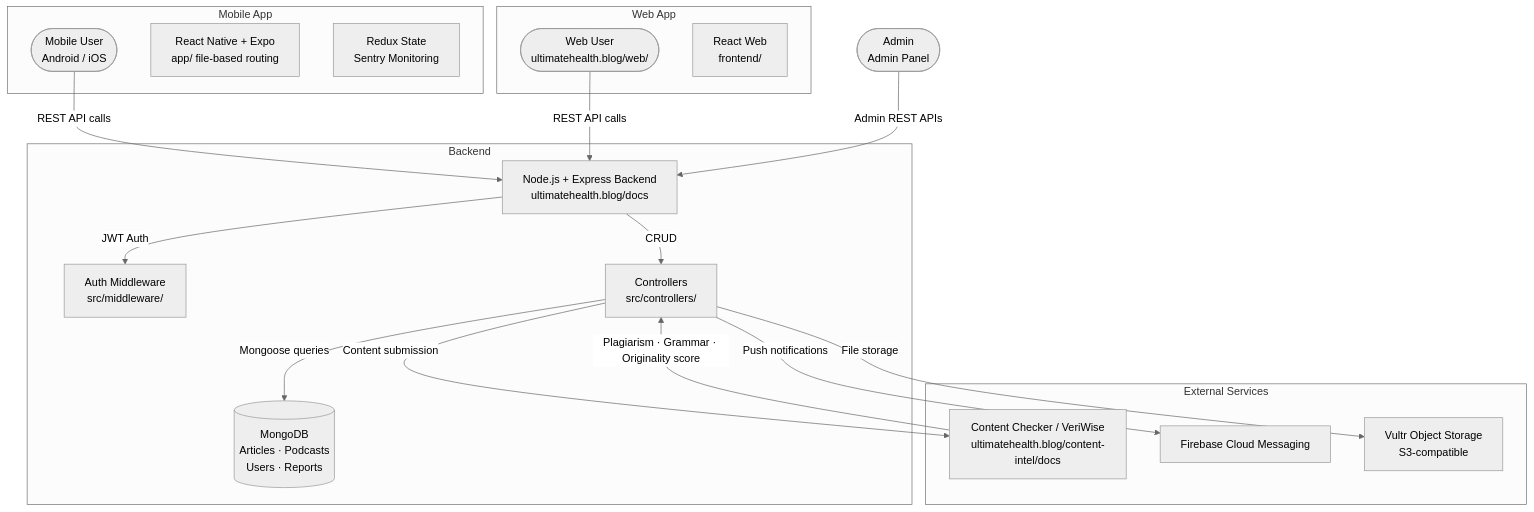
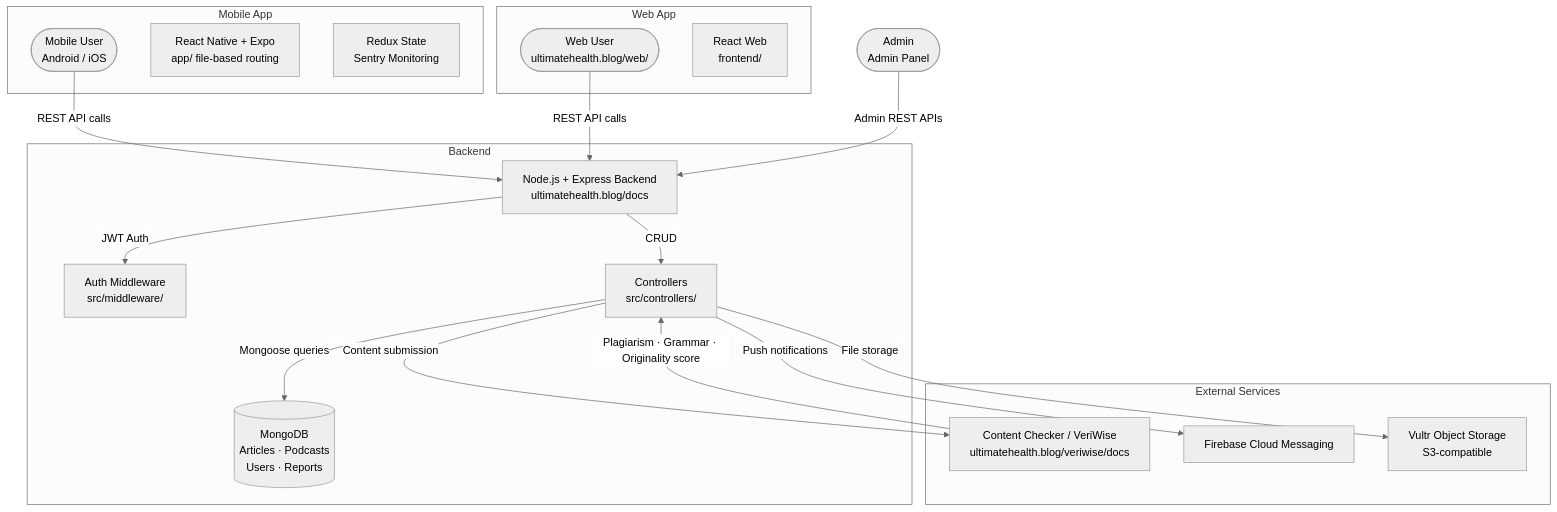
The first of 2 diagrams in docs/ARCHITECTURE.md (SB2318/UltimateHealth), drawn with Mermaid (neutral theme) before and after one commit. The commit also changed other lines of this file and 4 other files, not shown here.

Commit message:
update content-intel endpoint to veriwise

````diff
--- a/docs/ARCHITECTURE.md
+++ b/docs/ARCHITECTURE.md
@@ -23,41 +23,41 @@
 ```mermaid
 flowchart TD
     A([Mobile User\nAndroid / iOS]) -->|REST API calls| E
     B([Web User\nultimatehealth.blog/web/]) -->|REST API calls| E
     C([Admin\nAdmin Panel]) -->|Admin REST APIs| E
 
     E[Node.js + Express Backend\nultimatehealth.blog/docs]
 
     E -->|JWT Auth| F[Auth Middleware\nsrc/middleware/]
     E -->|CRUD| G[Controllers\nsrc/controllers/]
     G -->|Mongoose queries| H[(MongoDB\nArticles · Podcasts\nUsers · Reports)]
-    G -->|Content submission| I[Content Checker / VeriWise\nultimatehealth.blog/content-intel/docs]
+    G -->|Content submission| I[Content Checker / VeriWise\nultimatehealth.blog/veriwise/docs]
     G -->|Push notifications| J[Firebase Cloud Messaging]
     G -->|File storage| K[Vultr Object Storage\nS3-compatible]
 
     I -->|Plagiarism · Grammar · Originality score| G
 
     subgraph Mobile App
         A
         L[React Native + Expo\napp/ file-based routing]
         M[Redux State\nSentry Monitoring]
     end
 
     subgraph Web App
         B
         N[React Web\nfrontend/]
     end
 
     subgraph Backend
         E
         F
         G
         H
     end
 
     subgraph External Services
         I
         J
         K
     end
 ```
````
